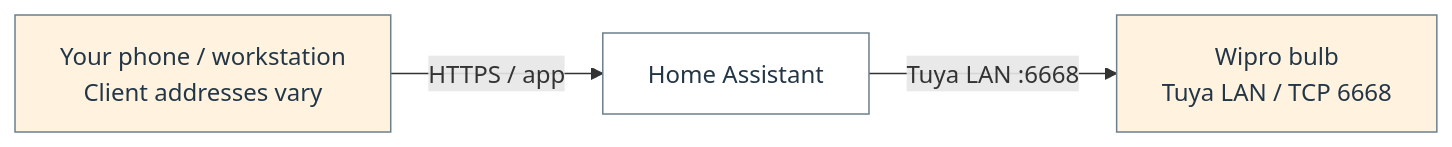
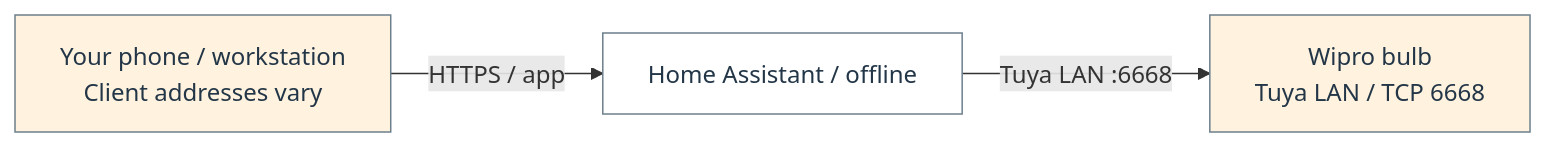
One commit to Harsh-2002/Homelab changed the diagram in docs/architecture/flow-1.mmd. Above: the diagram before and after it, drawn with Mermaid. The commit also changed 38 other files, not shown here.

```diff
--- a/docs/architecture/flow-1.mmd
+++ b/docs/architecture/flow-1.mmd
@@ -1,10 +1,10 @@
 flowchart LR
   n_flow_1_0["Your phone / workstation<br/>Client addresses vary"]
-  n_flow_1_1["Home Assistant"]
+  n_flow_1_1["Home Assistant / offline"]
   n_flow_1_2["Wipro bulb<br/>Tuya LAN / TCP 6668"]
   n_flow_1_0 -->|"HTTPS / app"| n_flow_1_1
   n_flow_1_1 -->|"Tuya LAN :6668"| n_flow_1_2
   classDef c_flow_1_0 fill:#fff3df,stroke:#6c7f8c,color:#233647;
   class n_flow_1_0,n_flow_1_2 c_flow_1_0;
   classDef c_flow_1_1 fill:#ffffff,stroke:#6c7f8c,color:#233647;
   class n_flow_1_1 c_flow_1_1;
```
